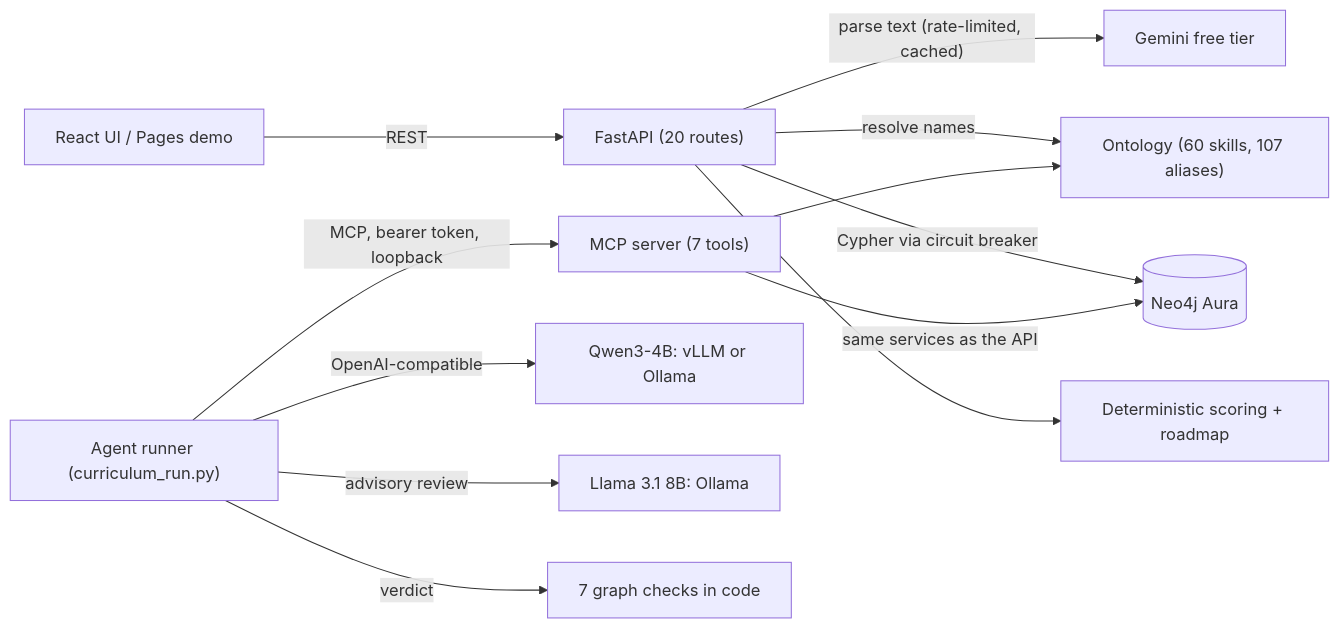
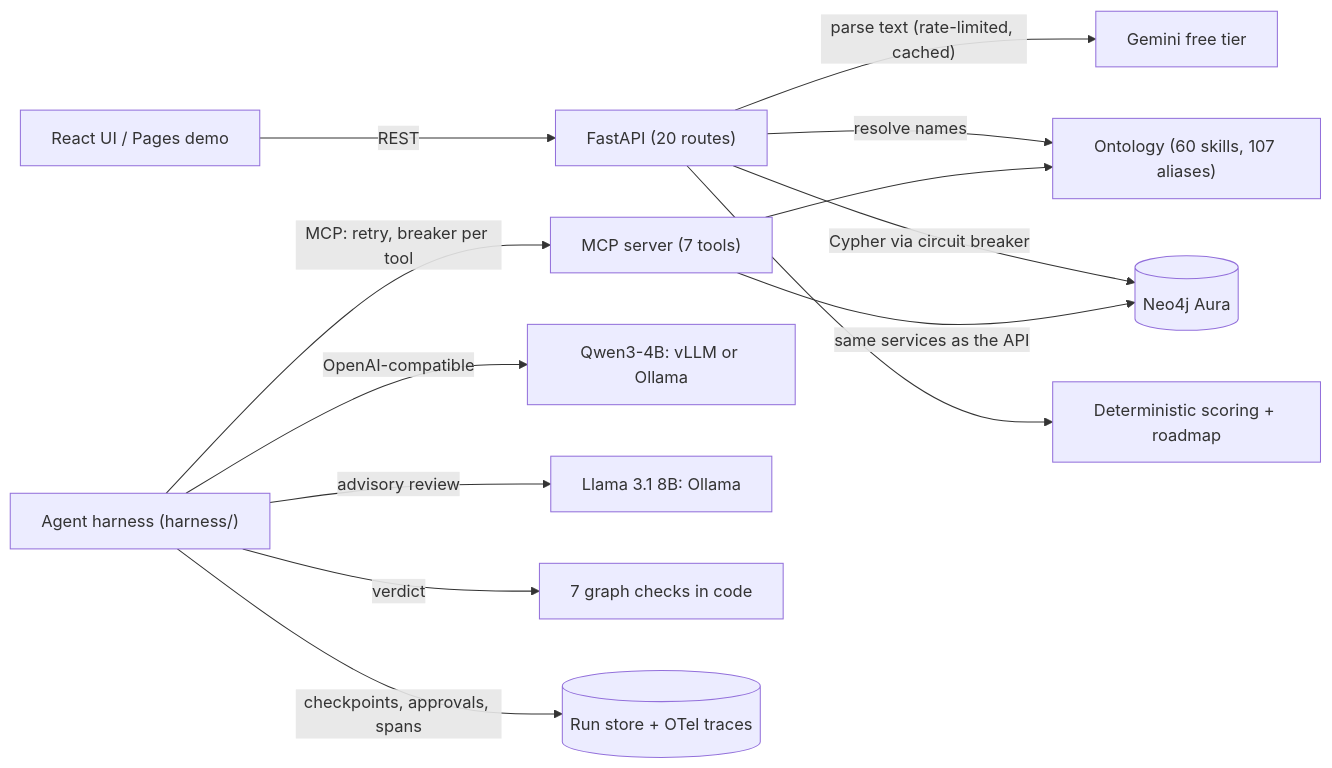
Before and after one commit to gargi-09/NextNode: the diagram in docs/DESIGN.md, drawn with Mermaid. The commit also changed other lines of this file and 3 other files, not shown here.

````diff
--- a/docs/DESIGN.md
+++ b/docs/DESIGN.md
@@ -10,14 +10,15 @@
 ```mermaid
 flowchart LR
   UI["React UI / Pages demo"] -->|REST| API["FastAPI (20 routes)"]
   API -->|"parse text (rate-limited, cached)"| LLM["Gemini free tier"]
   API -->|"resolve names"| ONT["Ontology (60 skills, 107 aliases)"]
   API -->|"Cypher via circuit breaker"| NEO[("Neo4j Aura")]
   API --> SCORE["Deterministic scoring + roadmap"]
-  RUN["Agent runner (curriculum_run.py)"] -->|"MCP, bearer token, loopback"| MCP["MCP server (7 tools)"]
+  RUN["Agent harness (harness/)"] -->|"MCP: retry, breaker per tool"| MCP["MCP server (7 tools)"]
   MCP --> ONT
   MCP -->|"same services as the API"| NEO
   RUN -->|"OpenAI-compatible"| QWEN["Qwen3-4B: vLLM or Ollama"]
   RUN -->|"advisory review"| LLAMA["Llama 3.1 8B: Ollama"]
   RUN -->|"verdict"| CHECKS["7 graph checks in code"]
+  RUN -->|"checkpoints, approvals, spans"| LOGS[("Run store + OTel traces")]
 ```
````
